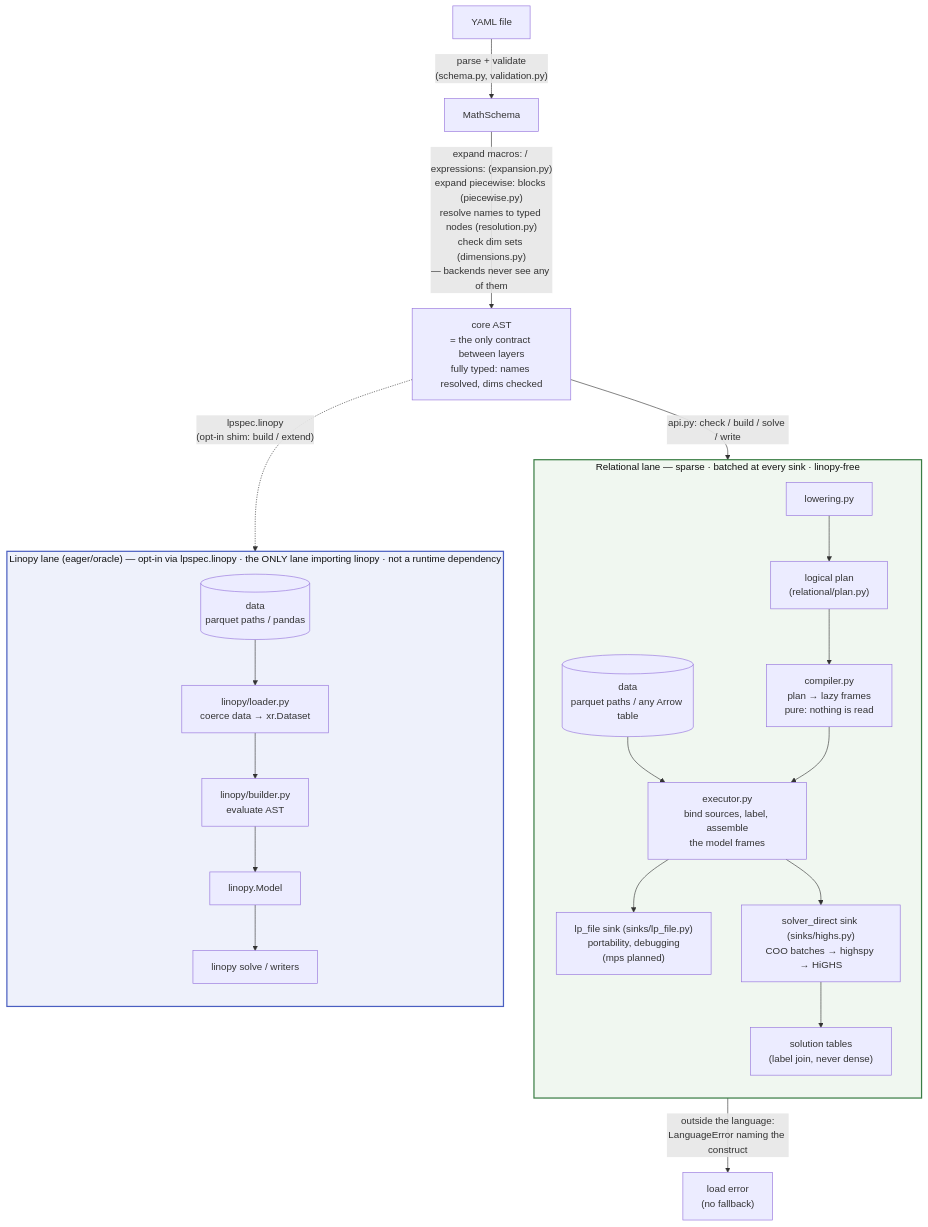
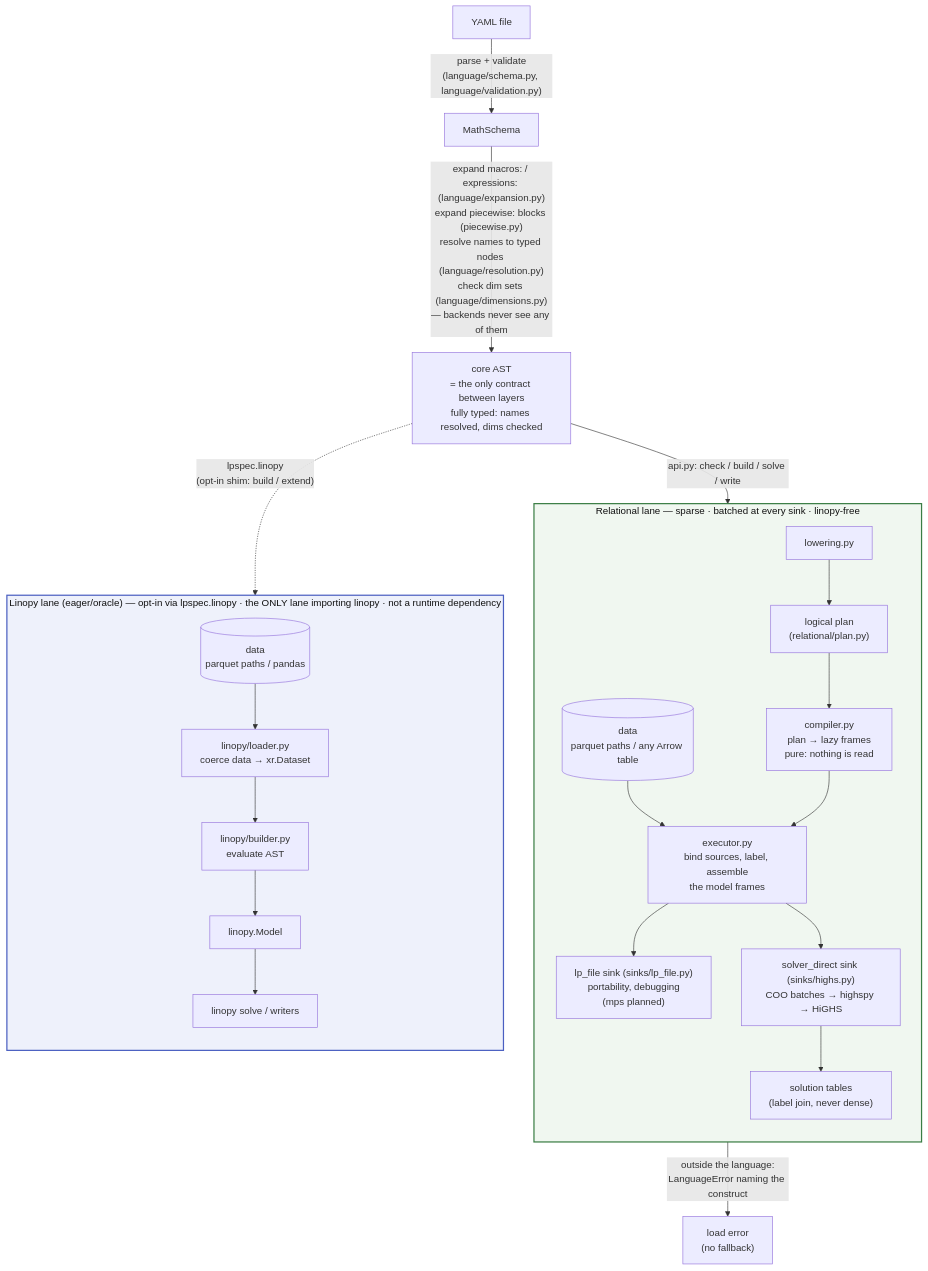
Before and after one commit to FBumann/farkas: the first of 2 diagrams in docs/ARCHITECTURE.md, drawn with Mermaid. The commit also changed other lines of this file and 40 other files, not shown here.

````diff
--- a/docs/ARCHITECTURE.md
+++ b/docs/ARCHITECTURE.md
@@ -26,31 +26,31 @@
 ```mermaid
 flowchart TB
-    Y[YAML file] -->|"parse + validate<br/>(schema.py, validation.py)"| MS[MathSchema]
-    MS -->|"expand macros: / expressions: (expansion.py)<br/>expand piecewise: blocks (piecewise.py)<br/>resolve names to typed nodes (resolution.py)<br/>check dim sets (dimensions.py)<br/>— backends never see any of them"| AST["core AST<br/>= the only contract between layers<br/>fully typed: names resolved, dims checked"]
+    Y[YAML file] -->|"parse + validate<br/>(language/schema.py, language/validation.py)"| MS[MathSchema]
+    MS -->|"expand macros: / expressions: (language/expansion.py)<br/>expand piecewise: blocks (piecewise.py)<br/>resolve names to typed nodes (language/resolution.py)<br/>check dim sets (language/dimensions.py)<br/>— backends never see any of them"| AST["core AST<br/>= the only contract between layers<br/>fully typed: names resolved, dims checked"]
     AST -->|"api.py: check / build / solve / write"| LOWER
     AST -.->|"lpspec.linopy<br/>(opt-in shim: build / extend)"| BUILD
     LOWER -->|"outside the language:<br/>LanguageError naming the construct"| ERR["load error<br/>(no fallback)"]
 
     subgraph REL["Relational lane — sparse · batched at every sink · linopy-free"]
         direction TB
         LOWER["lowering.py"] --> PLAN["logical plan<br/>(relational/plan.py)"]
         PLAN --> COMP["compiler.py<br/>plan → lazy frames<br/>pure: nothing is read"]
         DR[("data<br/>parquet paths / any Arrow table")] --> EXEC
         COMP --> EXEC["executor.py<br/>bind sources, label, assemble<br/>the model frames"]
         EXEC --> LPS["lp_file sink (sinks/lp_file.py)<br/>portability, debugging<br/>(mps planned)"]
         EXEC --> DIRECT["solver_direct sink (sinks/highs.py)<br/>COO batches → highspy → HiGHS"]
         DIRECT --> SOL["solution tables<br/>(label join, never dense)"]
     end
 
     subgraph EAGER["Linopy lane (eager/oracle) — opt-in via lpspec.linopy · the ONLY lane importing linopy · not a runtime dependency"]
         direction TB
         DE[("data<br/>parquet paths / pandas")] --> LOAD["linopy/loader.py<br/>coerce data → xr.Dataset"]
         LOAD --> BUILD["linopy/builder.py<br/>evaluate AST"]
         BUILD --> MODEL[linopy.Model] --> SOLVE["linopy solve / writers"]
     end
 
     classDef laneR fill:#f0f7f0,stroke:#3a7d44,stroke-width:2px,color:#111
     classDef laneE fill:#eef1fb,stroke:#4a5fc1,stroke-width:2px,color:#111
     class REL laneR
     class EAGER laneE
 ```
````
